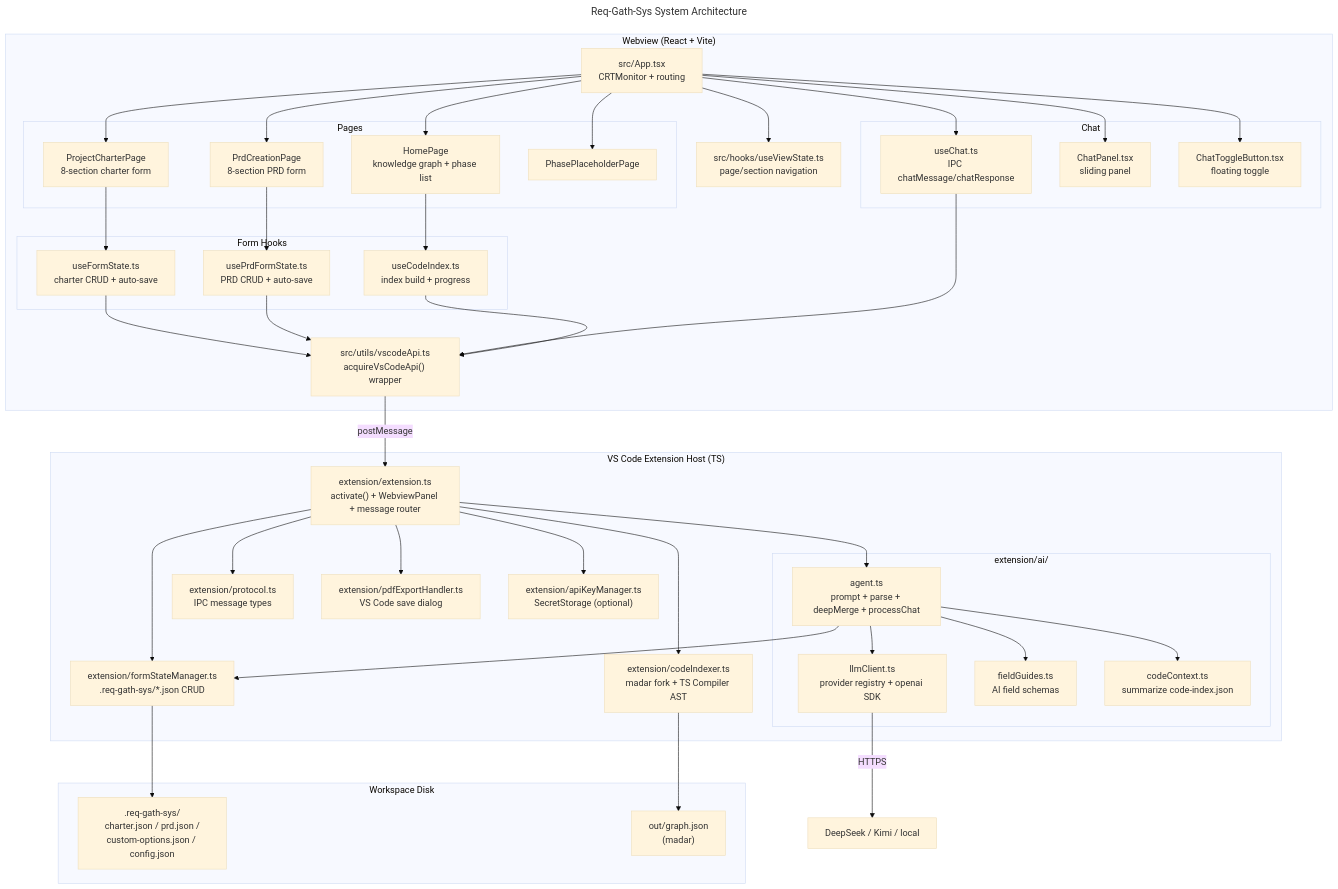
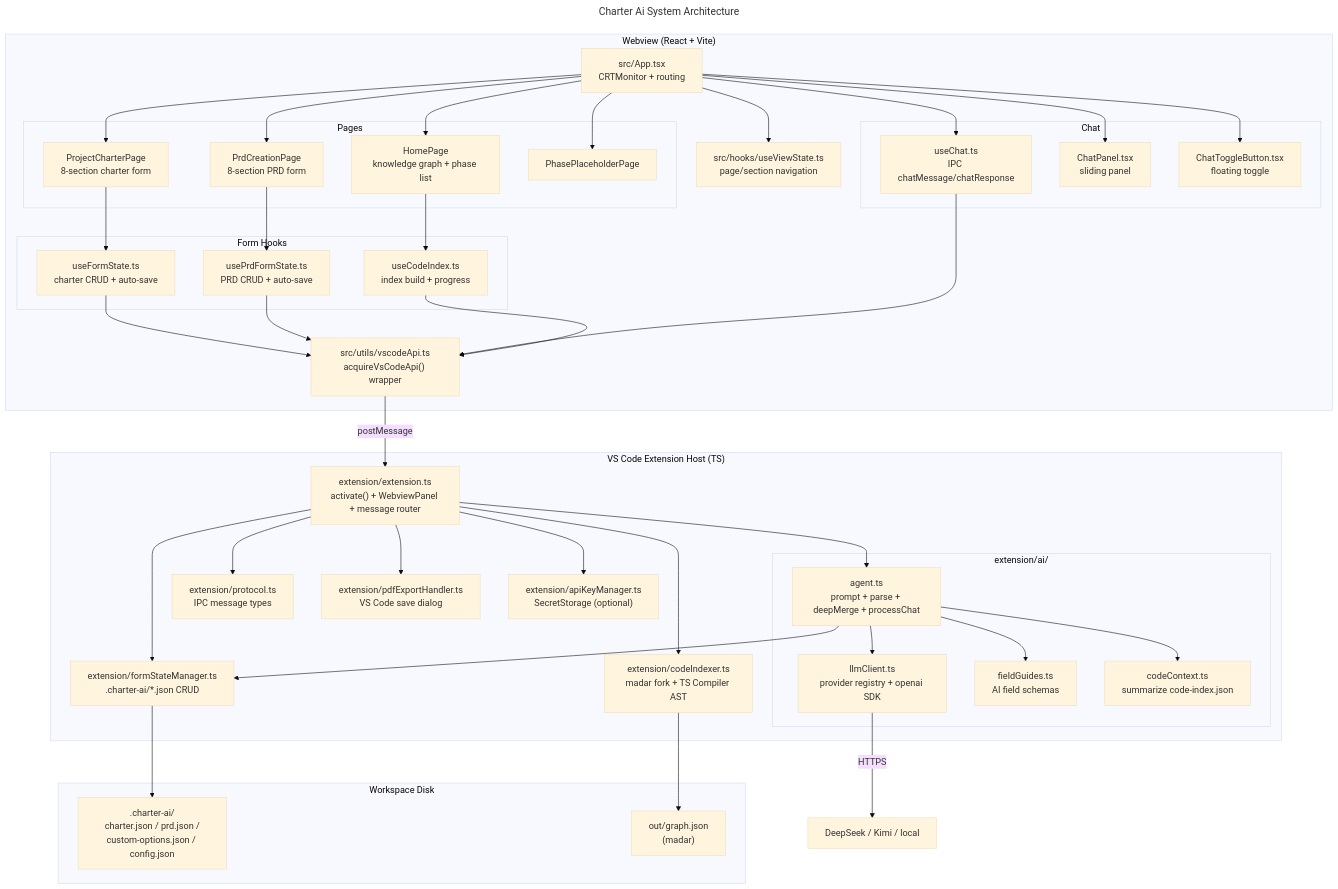
One commit to MoneebbYCh/CharterAi changed the first of 4 diagrams in ARCHITECTURE.md. Above: the diagram before and after it, drawn with Mermaid (base theme). The commit also changed other lines of this file and 66 other files, not shown here.

````diff
--- a/ARCHITECTURE.md
+++ b/ARCHITECTURE.md
@@ -13,6 +13,6 @@
 ```mermaid
 ---
-title: Req-Gath-Sys System Architecture
+title: Charter Ai System Architecture
 ---
 graph TB
   subgraph WEBVIEW["Webview (React + Vite)"]
@@ -44,7 +44,7 @@
   subgraph VSCODE["VS Code Extension Host (TS)"]
     EXT["extension/extension.ts<br/>activate() + WebviewPanel + message router"]
     PROTO["extension/protocol.ts<br/>IPC message types"]
-    FSTATE["extension/formStateManager.ts<br/>.req-gath-sys/*.json CRUD"]
+    FSTATE["extension/formStateManager.ts<br/>.charter-ai/*.json CRUD"]
     CI["extension/codeIndexer.ts<br/>madar fork + TS Compiler AST"]
     PDF["extension/pdfExportHandler.ts<br/>VS Code save dialog"]
     AKM["extension/apiKeyManager.ts<br/>SecretStorage (optional)"]
@@ -58,7 +58,7 @@
   end
 
   subgraph DISK["Workspace Disk"]
-    STATE[".req-gath-sys/<br/>charter.json / prd.json /<br/>custom-options.json / config.json"]
+    STATE[".charter-ai/<br/>charter.json / prd.json /<br/>custom-options.json / config.json"]
     GRAPH["out/graph.json<br/>(madar)"]
   end
 
````
